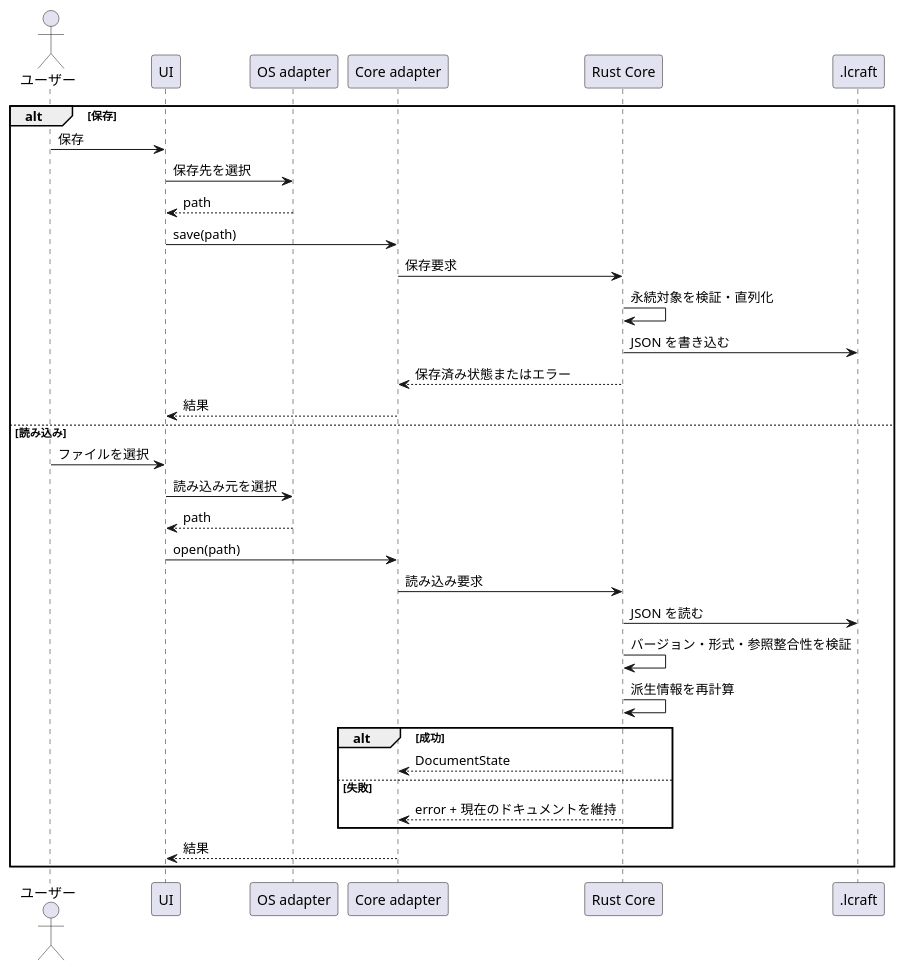
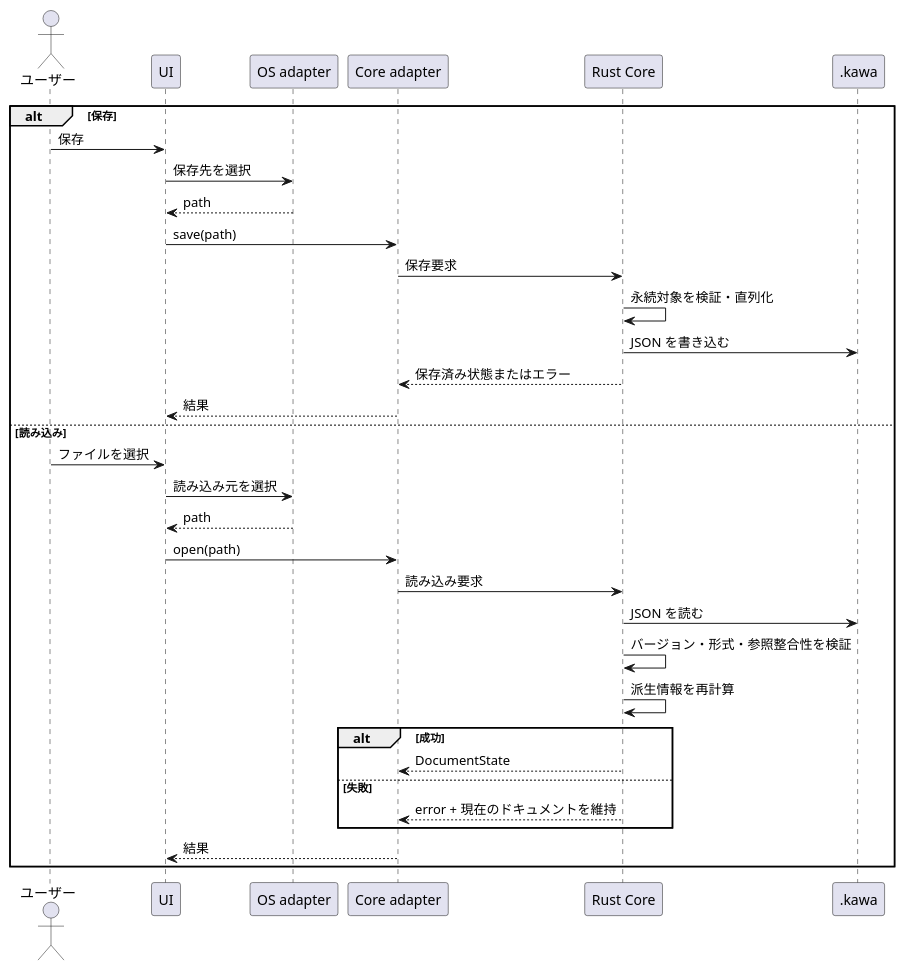
The sixth of 10 diagrams in docs/design/architecture.md (t-shin-komae/kawacad), drawn with PlantUML before and after one commit. The commit also changed other lines of this file and 45 other files, not shown here.

````diff
--- a/docs/design/architecture.md
+++ b/docs/design/architecture.md
@@ -331,40 +331,40 @@
 ```plantuml
 @startuml
 skinparam shadowing false
 skinparam responseMessageBelowArrow true
 
 actor "ユーザー" as User
 participant "UI" as UI
 participant "OS adapter" as OS
 participant "Core adapter" as Adapter
 participant "Rust Core" as Core
-participant ".lcraft" as File
+participant ".kawa" as File
 
     alt 保存
         User->UI: 保存
         UI->OS: 保存先を選択
         OS-->UI: path
         UI->Adapter: save(path)
         Adapter->Core: 保存要求
         Core->Core: 永続対象を検証・直列化
         Core->File: JSON を書き込む
         Core-->Adapter: 保存済み状態またはエラー
         Adapter-->UI: 結果
     else 読み込み
         User->UI: ファイルを選択
         UI->OS: 読み込み元を選択
         OS-->UI: path
         UI->Adapter: open(path)
         Adapter->Core: 読み込み要求
         Core->File: JSON を読む
         Core->Core: バージョン・形式・参照整合性を検証
         Core->Core: 派生情報を再計算
         alt 成功
             Core-->Adapter: DocumentState
         else 失敗
             Core-->Adapter: error + 現在のドキュメントを維持
         end
         Adapter-->UI: 結果
     end
 @enduml
 ```
````
